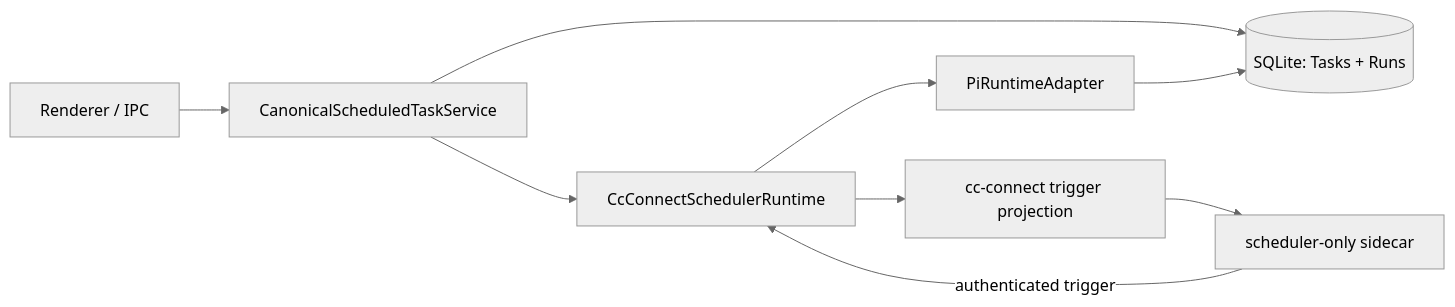
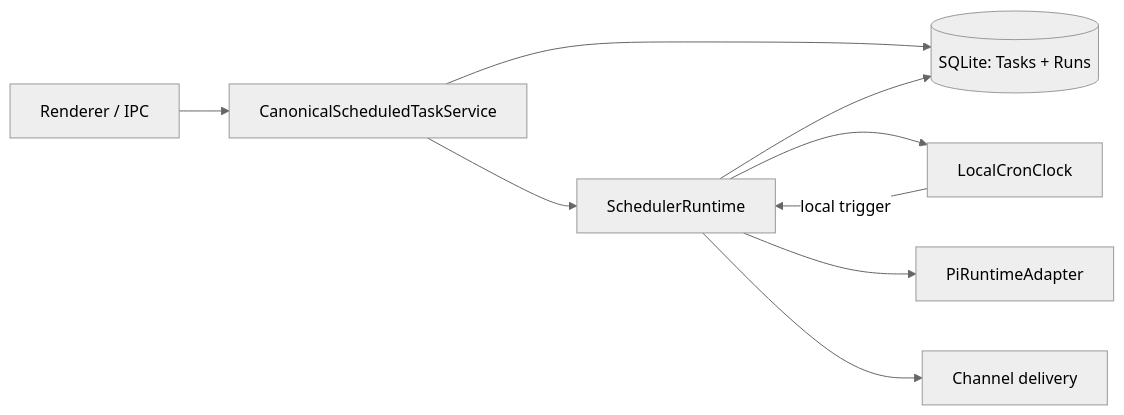
One commit to rongxinzy/RongxinAI changed the diagram in src/scheduledTask/design.md. Above: the diagram before and after it, drawn with Mermaid (neutral theme). The commit also changed other lines of this file and 1100 other files, not shown here.

````diff
--- a/src/scheduledTask/design.md
+++ b/src/scheduledTask/design.md
@@ -7,11 +7,11 @@
 ```mermaid
 flowchart LR
   UI["Renderer / IPC"] --> Service["CanonicalScheduledTaskService"]
   Service --> Store[("SQLite: Tasks + Runs")]
-  Service --> Runtime["CcConnectSchedulerRuntime"]
-  Runtime --> Projection["cc-connect trigger projection"]
-  Projection --> Clock["scheduler-only sidecar"]
-  Clock -->|"authenticated trigger"| Runtime
+  Service --> Runtime["SchedulerRuntime"]
+  Runtime --> Clock["LocalCronClock"]
+  Clock -->|"local trigger"| Runtime
   Runtime --> Pi["PiRuntimeAdapter"]
-  Pi --> Store
+  Runtime --> Store
+  Runtime --> Delivery["Channel delivery"]
 ```
````
